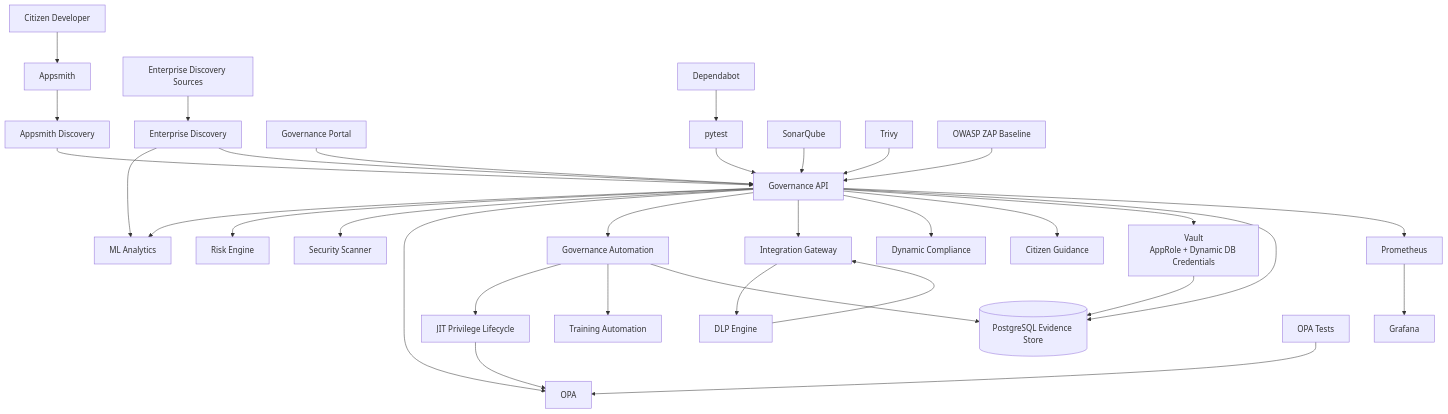
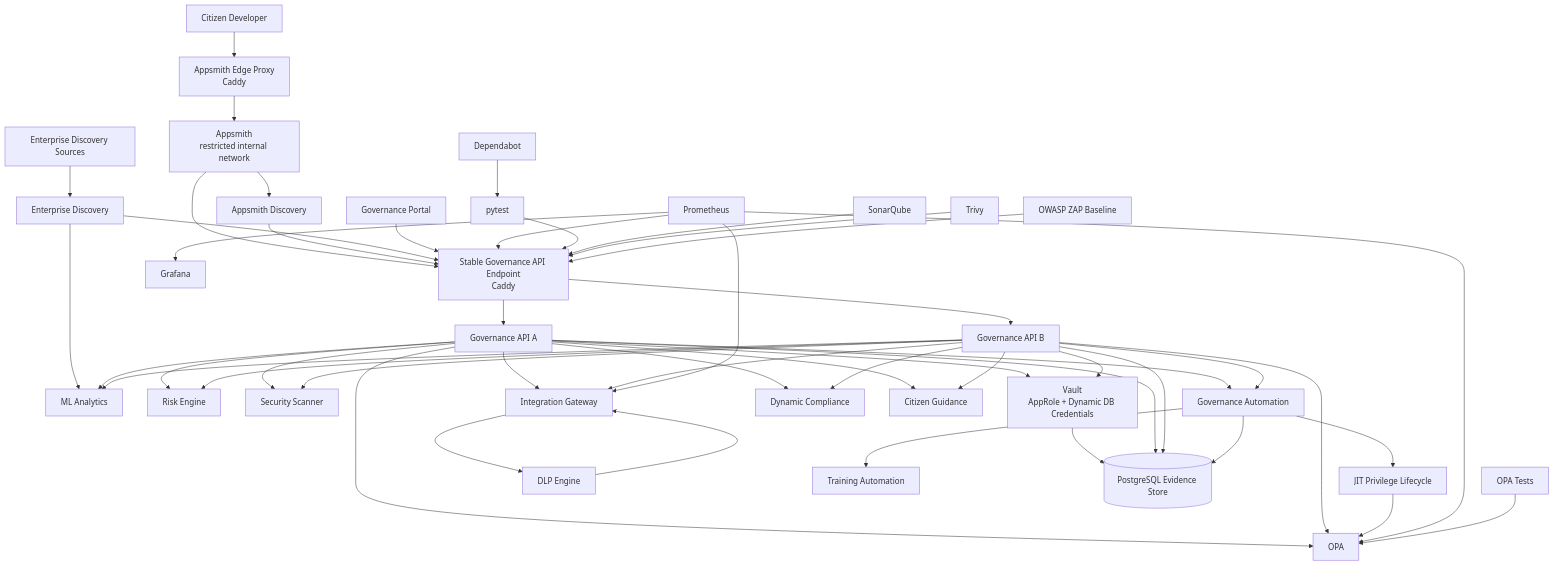
The diagram in architecture/security-architecture.md (hasnainops/lcnc-security-governance), drawn with Mermaid before and after one commit. The commit also changed other lines of this file and 8 other files, not shown here.

Commit message:
docs: align V5 architecture artifacts

````diff
--- a/architecture/security-architecture.md
+++ b/architecture/security-architecture.md
@@ -23,10 +23,13 @@
 ```mermaid
+
 flowchart TB
 
     DEV["Citizen Developer"]
-    APP["Appsmith"]
+
+    APPPROXY["Appsmith Edge Proxy<br/>Caddy"]
+    APP["Appsmith<br/>restricted internal network"]
+
     SOURCES["Enterprise Discovery Sources"]
-
     DISC["Appsmith Discovery"]
     EDISC["Enterprise Discovery"]
 
@@ -34,7 +37,9 @@
     RISK["Risk Engine"]
     SCAN["Security Scanner"]
 
-    API["Governance API"]
+    APIEDGE["Stable Governance API Endpoint<br/>Caddy"]
+    APIA["Governance API A"]
+    APIB["Governance API B"]
     AUTO["Governance Automation"]
 
     OPA["OPA"]
@@ -62,22 +67,44 @@
     ZAP["OWASP ZAP Baseline"]
     DEPS["Dependabot"]
 
-    DEV --> APP
+    DEV --> APPPROXY
+    APPPROXY --> APP
+
     APP --> DISC
+    APP --> APIEDGE
+
     SOURCES --> EDISC
 
-    DISC --> API
+    DISC --> APIEDGE
     EDISC --> ML
-    EDISC --> API
+    EDISC --> APIEDGE
 
-    API --> ML
-    API --> RISK
-    API --> SCAN
-    API --> OPA
-    API --> AUTO
-    API --> GW
-    API --> COMP
-    API --> GUIDE
+    APIEDGE --> APIA
+    APIEDGE --> APIB
+
+    APIA --> ML
+    APIB --> ML
+
+    APIA --> RISK
+    APIB --> RISK
+
+    APIA --> SCAN
+    APIB --> SCAN
+
+    APIA --> OPA
+    APIB --> OPA
+
+    APIA --> AUTO
+    APIB --> AUTO
+
+    APIA --> GW
+    APIB --> GW
+
+    APIA --> COMP
+    APIB --> COMP
+
+    APIA --> GUIDE
+    APIB --> GUIDE
 
     AUTO --> JIT
     AUTO --> TRAIN
@@ -86,20 +113,27 @@
     GW --> DLP
     DLP --> GW
 
-    API --> VAULT
+    APIA --> VAULT
+    APIB --> VAULT
+
     VAULT --> DB
-    API --> DB
+
+    APIA --> DB
+    APIB --> DB
     AUTO --> DB
 
-    PORTAL --> API
+    PORTAL --> APIEDGE
 
-    API --> PROM
+    PROM --> APIEDGE
+    PROM --> GW
+    PROM --> OPA
     PROM --> GRAF
 
-    TEST --> API
+    TEST --> APIEDGE
     OPATEST --> OPA
-    SONAR --> API
-    TRIVY --> API
-    ZAP --> API
+    SONAR --> APIEDGE
+    TRIVY --> APIEDGE
+    ZAP --> APIEDGE
     DEPS --> TEST
+
 ```
````
